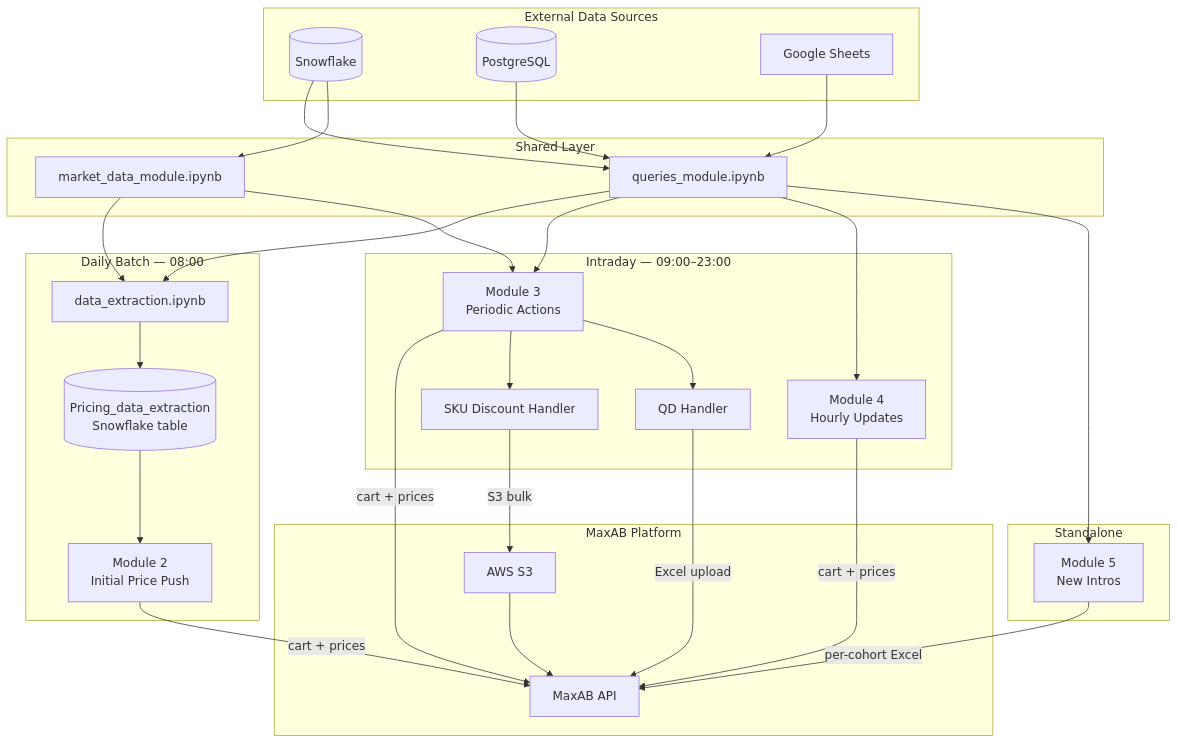
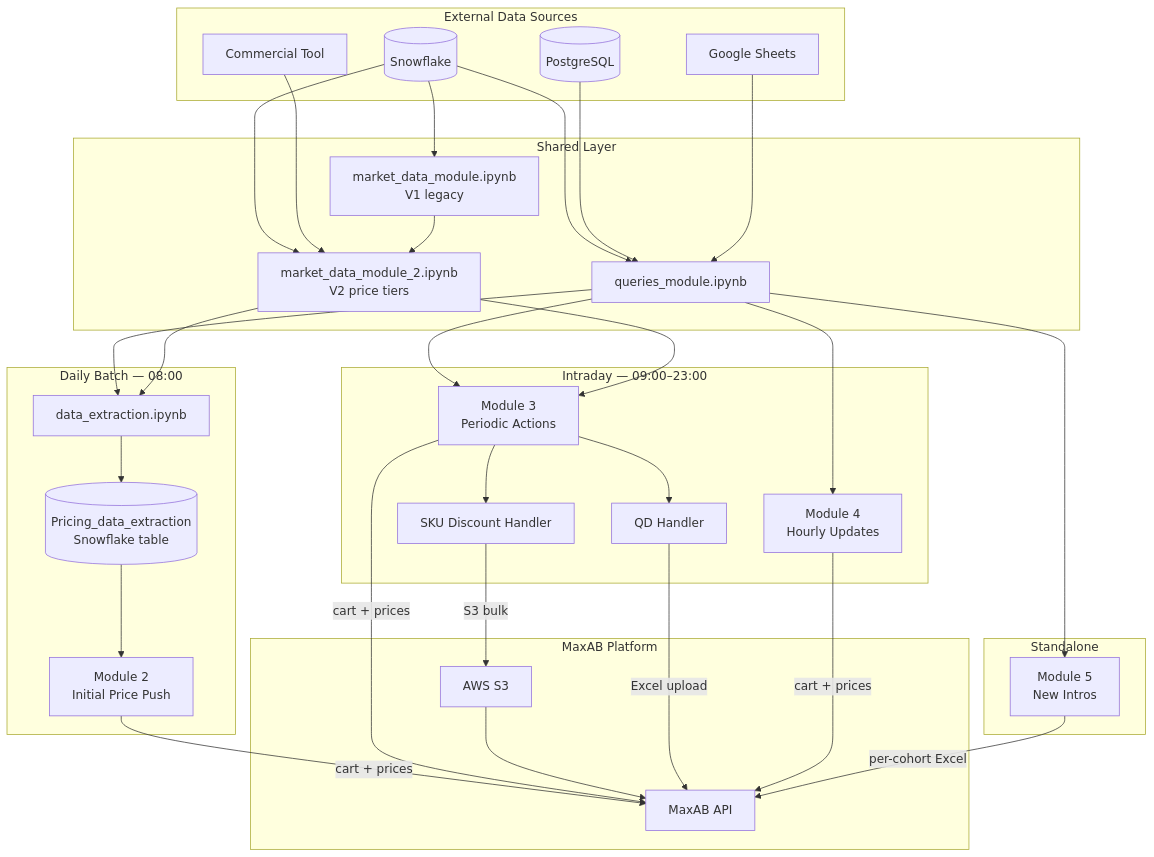
Before and after one commit to Maxab-Growth/Mustafa: the sixth of 6 diagrams in README.md, drawn with Mermaid. The commit also changed other lines of this file, not shown here.

First line of the commit message:
Comprehensive README update: V2 market data, effective_tiers, commercial signals, all recent changes

````diff
--- a/README.md
+++ b/README.md
@@ -403,55 +445,59 @@
 ```mermaid
 flowchart TD
     subgraph External["External Data Sources"]
         SF[(Snowflake)]
         PG[(PostgreSQL)]
         GS[Google Sheets]
+        CT[Commercial Tool]
     end
 
     subgraph Shared["Shared Layer"]
         QM[queries_module.ipynb]
-        MD[market_data_module.ipynb]
+        MD[market_data_module.ipynb<br/>V1 legacy]
+        MD2[market_data_module_2.ipynb<br/>V2 price tiers]
     end
 
     subgraph Daily["Daily Batch — 08:00"]
         DE[data_extraction.ipynb]
         PDE[(Pricing_data_extraction<br/>Snowflake table)]
         M2[Module 2<br/>Initial Price Push]
     end
 
     subgraph Intraday["Intraday — 09:00–23:00"]
         M3[Module 3<br/>Periodic Actions]
         M4[Module 4<br/>Hourly Updates]
         SKUD[SKU Discount Handler]
         QDH[QD Handler]
     end
 
     subgraph Standalone["Standalone"]
         M5[Module 5<br/>New Intros]
     end
 
     subgraph Output["MaxAB Platform"]
         API[MaxAB API]
         S3[AWS S3]
     end
 
     SF & PG & GS --> QM
     SF --> MD
-    QM & MD --> DE
+    SF & CT --> MD2
+    MD --> MD2
+    QM & MD2 --> DE
     DE --> PDE
     PDE --> M2
     M2 -->|cart + prices| API
 
-    QM & MD --> M3
+    QM & MD2 --> M3
     M3 -->|cart + prices| API
     M3 --> SKUD
     M3 --> QDH
     SKUD -->|S3 bulk| S3 --> API
     QDH -->|Excel upload| API
 
     QM --> M4
     M4 -->|cart + prices| API
 
     QM --> M5
     M5 -->|per-cohort Excel| API
 ```
````
